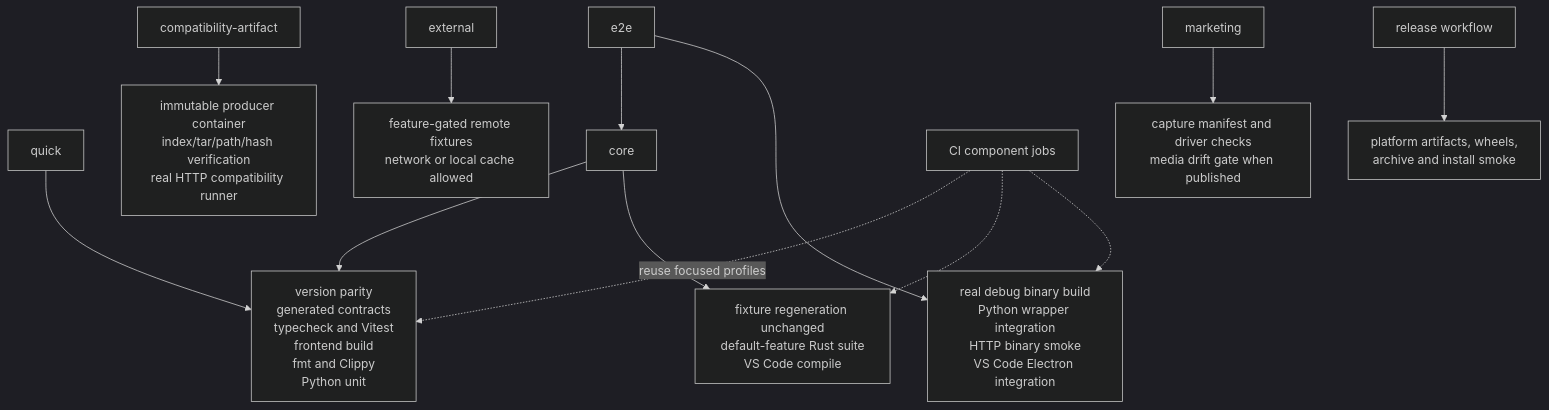
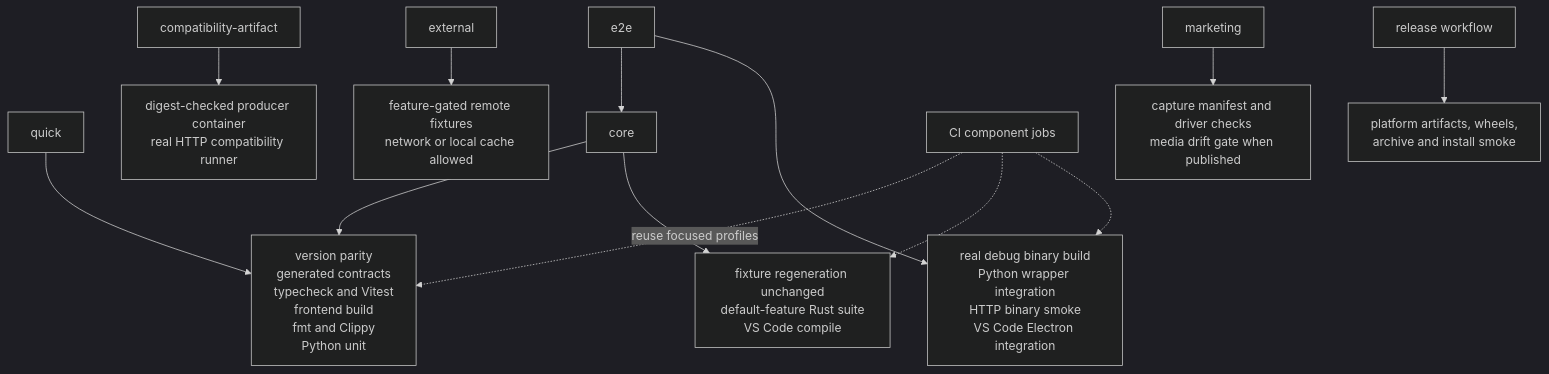
One commit to dcmview/dcmview changed the third of 4 diagrams in docs/architecture.md. Above: the diagram before and after it, drawn with Mermaid (dark theme). The commit also changed other lines of this file and 20 other files, not shown here.

````diff
--- a/docs/architecture.md
+++ b/docs/architecture.md
@@ -316,15 +316,15 @@
 ```mermaid
 flowchart TD
     quick["quick"] --> qlayers["version parity<br/>generated contracts<br/>typecheck and Vitest<br/>frontend build<br/>fmt and Clippy<br/>Python unit"]
     core["core"] --> qlayers
     core --> clayers["fixture regeneration unchanged<br/>default-feature Rust suite<br/>VS Code compile"]
     e2e["e2e"] --> core
     e2e --> elayers["real debug binary build<br/>Python wrapper integration<br/>HTTP binary smoke<br/>VS Code Electron integration"]
-    artifact["compatibility-artifact"] --> alayers["immutable producer container<br/>index/tar/path/hash verification<br/>real HTTP compatibility runner"]
+    artifact["compatibility-artifact"] --> alayers["digest-checked producer container<br/>real HTTP compatibility runner"]
     external["external"] --> xlayers["feature-gated remote fixtures<br/>network or local cache allowed"]
     marketing["marketing"] --> mlayers["capture manifest and driver checks<br/>media drift gate when published"]
     ci["CI component jobs"] -. "reuse focused profiles" .-> qlayers
     ci -.-> clayers
     ci -.-> elayers
     release["release workflow"] --> rlayers["platform artifacts, wheels,<br/>archive and install smoke"]
 ```
````
